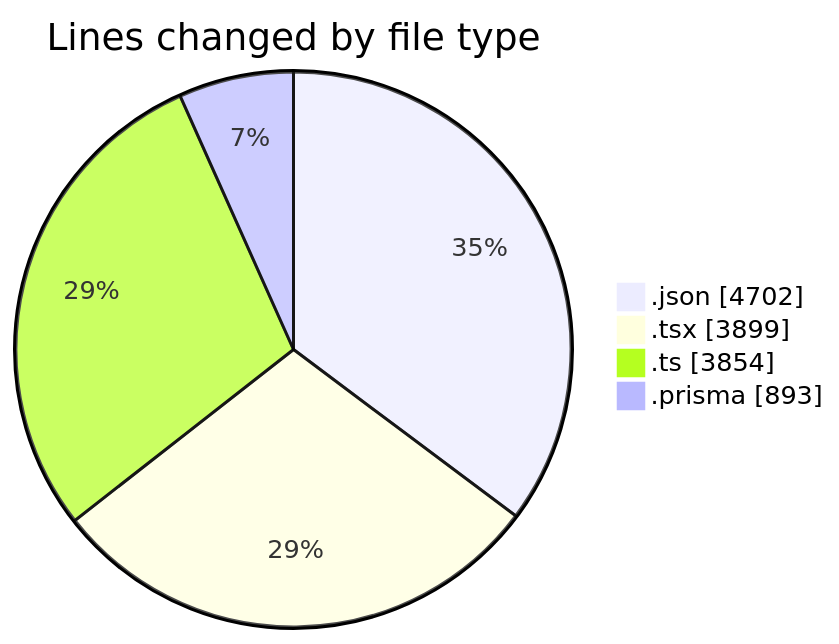
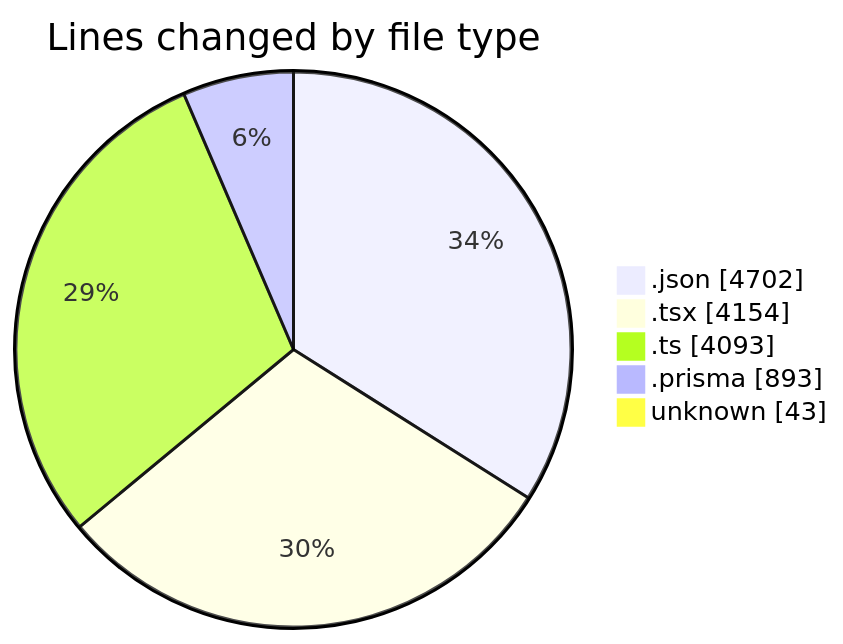
The first of 2 diagrams in 2025-05-05/ecodeli/README.md (CELIANVF/code-tracking), drawn with Mermaid before and after one commit. The commit also changed other lines of this file and 1 other file, not shown here.

````diff
--- a/2025-05-05/ecodeli/README.md
+++ b/2025-05-05/ecodeli/README.md
@@ -49,8 +53,9 @@
 ```mermaid
 pie showData
 title Lines changed by file type
 ".json" : 4702
-".tsx" : 3899
-".ts" : 3854
+".tsx" : 4154
+".ts" : 4093
 ".prisma" : 893
+"unknown" : 43
 ```
````
